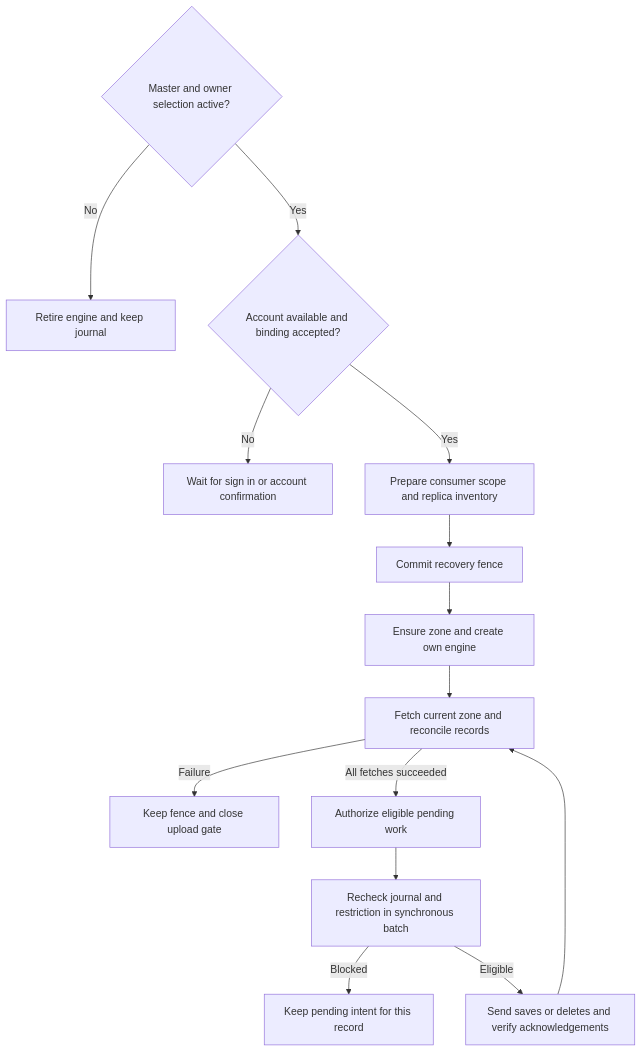
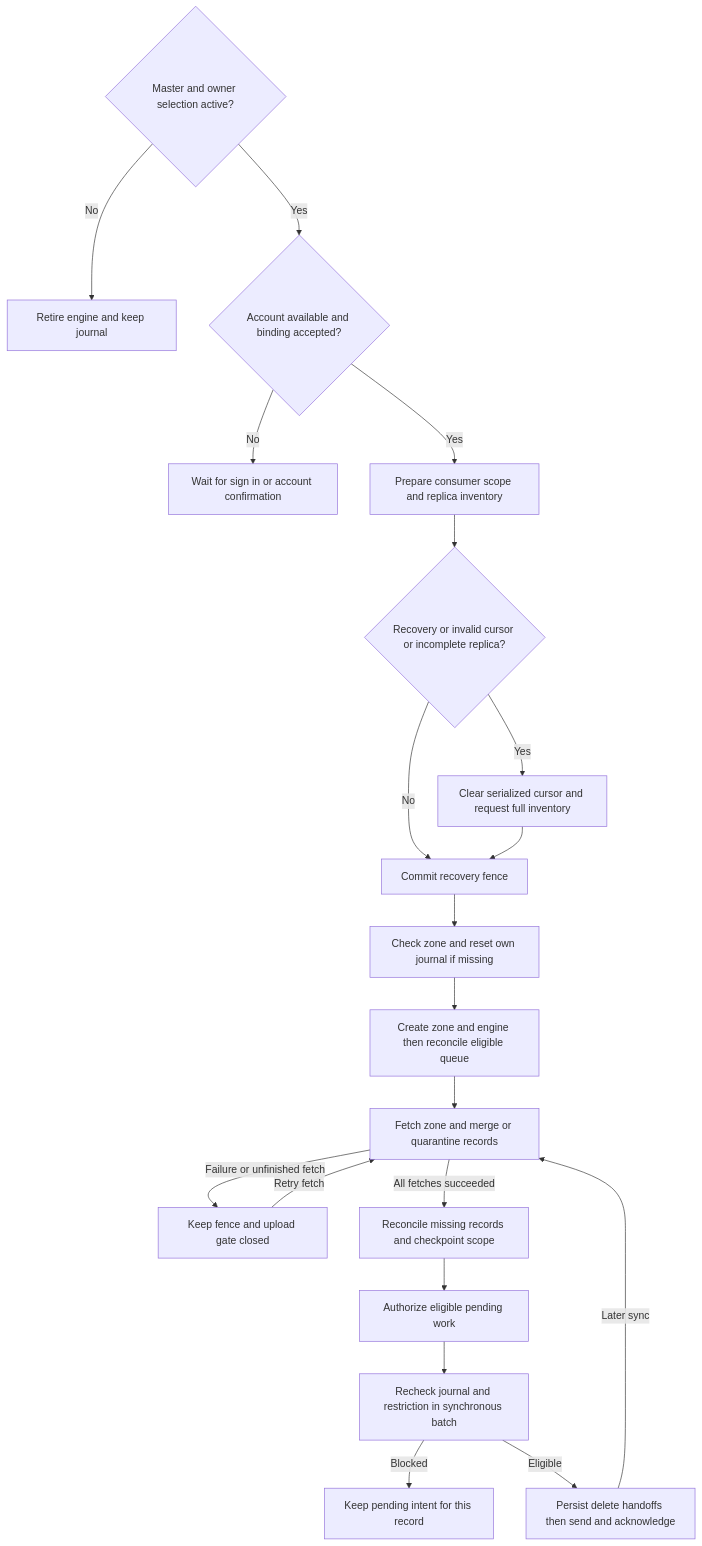
The diagram in openwiki/workflows/settings-and-cloud-sync.md (AkinoKaede/Termind), drawn with Mermaid before and after one commit. The commit also changed other lines of this file and 49 other files, not shown here.

````diff
--- a/openwiki/workflows/settings-and-cloud-sync.md
+++ b/openwiki/workflows/settings-and-cloud-sync.md
@@ -105,16 +107,22 @@
 ```mermaid
 flowchart TD
     Selection{"Master and owner selection active?"} -->|No| Paused["Retire engine and keep journal"]
     Selection -->|Yes| Binding{"Account available and binding accepted?"}
     Binding -->|No| Waiting["Wait for sign in or account confirmation"]
     Binding -->|Yes| Prepare["Prepare consumer scope and replica inventory"]
-    Prepare --> Fence["Commit recovery fence"]
-    Fence --> Engine["Ensure zone and create own engine"]
-    Engine --> Fetch["Fetch current zone and reconcile records"]
-    Fetch -->|Failure| Closed["Keep fence and close upload gate"]
-    Fetch -->|All fetches succeeded| Ready["Authorize eligible pending work"]
+    Prepare --> Cursor{"Recovery or invalid cursor or incomplete replica?"}
+    Cursor -->|Yes| Fresh["Clear serialized cursor and request full inventory"]
+    Cursor -->|No| Fence["Commit recovery fence"]
+    Fresh --> Fence
+    Fence --> Zone["Check zone and reset own journal if missing"]
+    Zone --> Engine["Create zone and engine then reconcile eligible queue"]
+    Engine --> Fetch["Fetch zone and merge or quarantine records"]
+    Fetch -->|Failure or unfinished fetch| Closed["Keep fence and upload gate closed"]
+    Closed -->|Retry fetch| Fetch
+    Fetch -->|All fetches succeeded| Inventory["Reconcile missing records and checkpoint scope"]
+    Inventory --> Ready["Authorize eligible pending work"]
     Ready --> Batch["Recheck journal and restriction in synchronous batch"]
     Batch -->|Blocked| Held["Keep pending intent for this record"]
-    Batch -->|Eligible| Send["Send saves or deletes and verify acknowledgements"]
-    Send --> Fetch
+    Batch -->|Eligible| Send["Persist delete handoffs then send and acknowledge"]
+    Send -->|Later sync| Fetch
 ```
````
